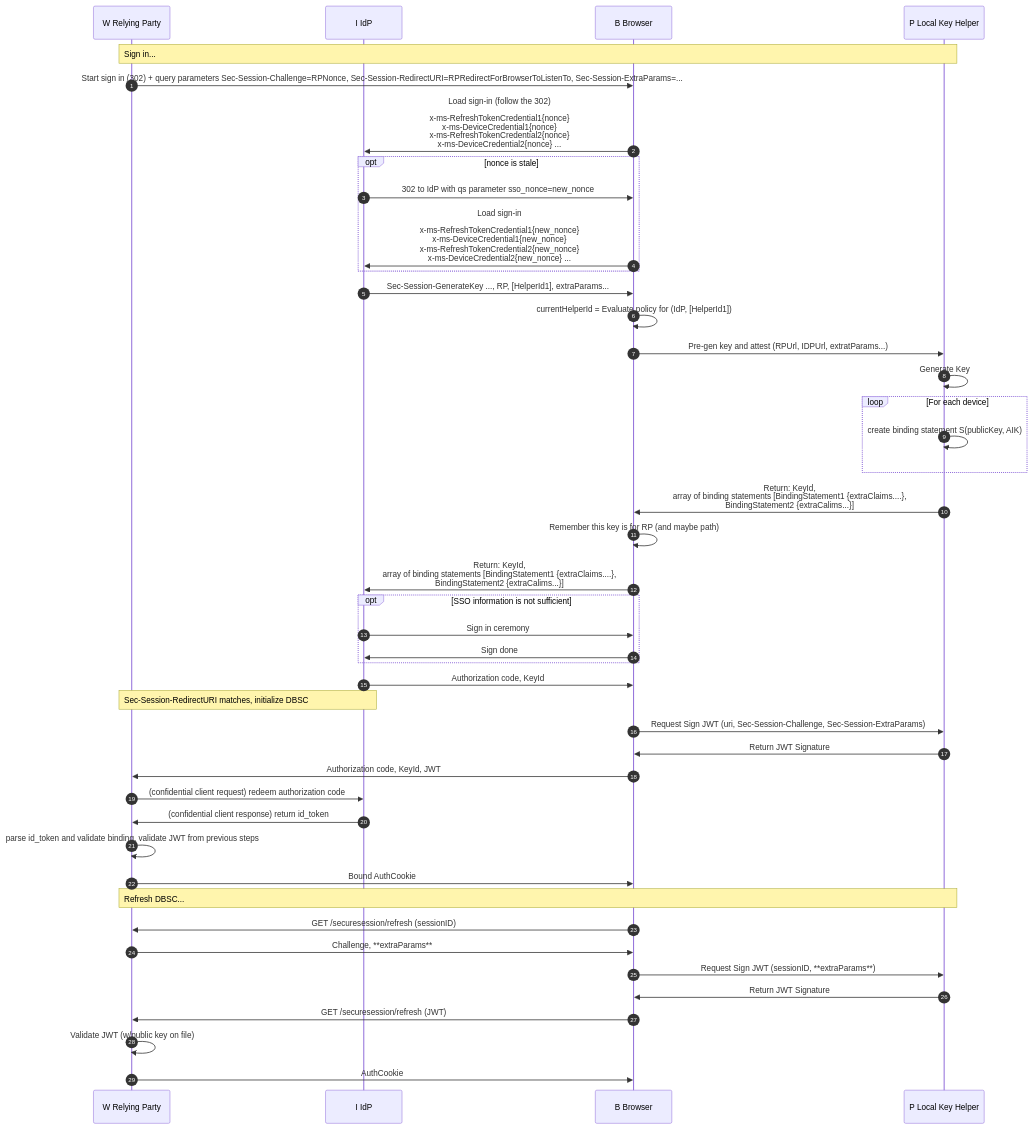
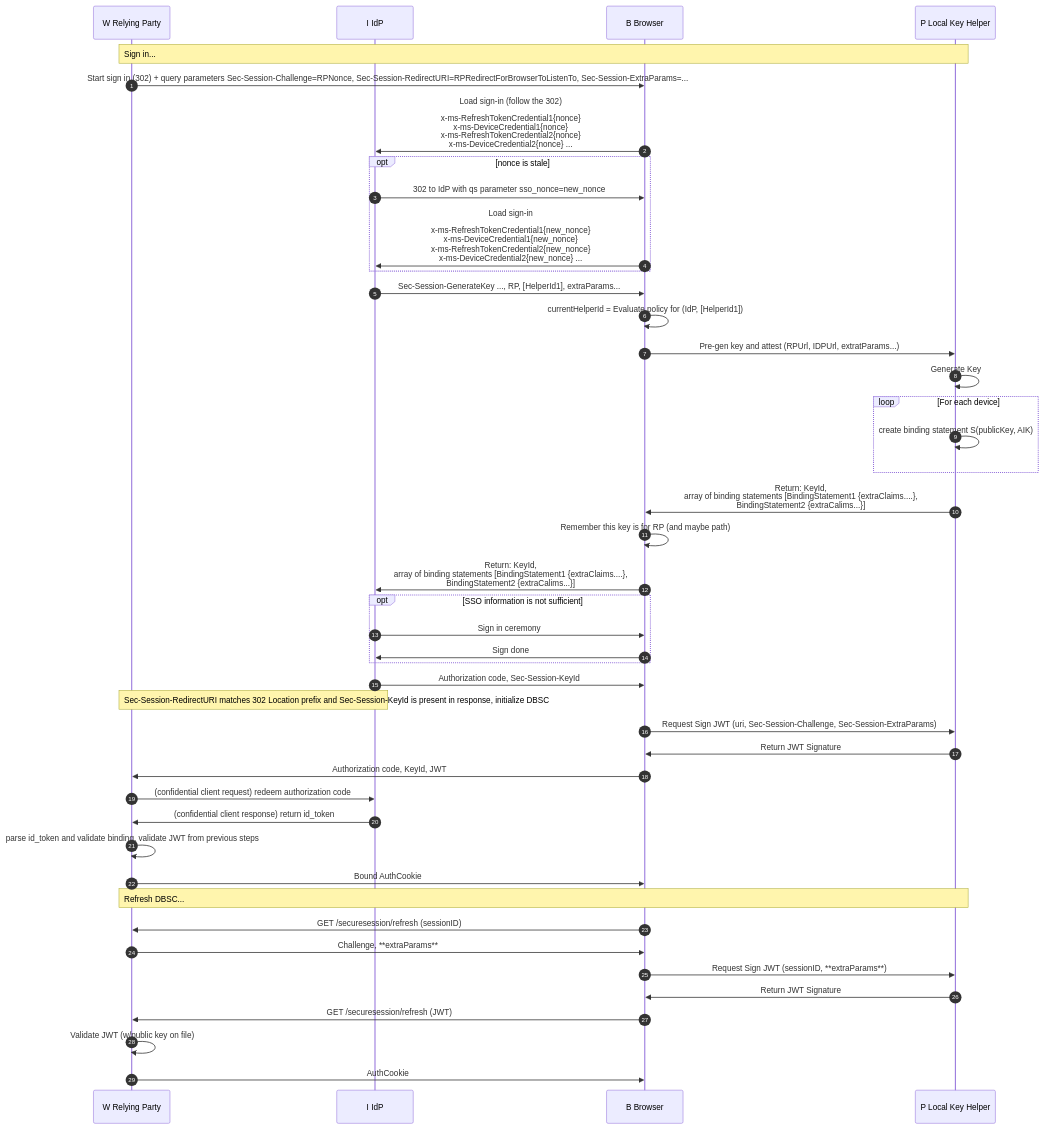
One commit to alextok/dbsc-discussions changed the fourth of 9 diagrams in README.md. Above: the diagram before and after it, drawn with Mermaid.

Commit message:
Updated a note

````diff
--- a/README.md
+++ b/README.md
@@ -136,57 +136,57 @@
 ```mermaid
 sequenceDiagram
 %%{ init: { 'sequence': { 'noteAlign': 'left'} } }%%
 autonumber 1
 participant W as W Relying Party
 participant I as I IdP
 participant B as B Browser
 participant P as P Local Key Helper
 
 Note over W, P: Sign in...
 W->>B: Start sign in (302) + query parameters Sec-Session-Challenge=RPNonce, Sec-Session-RedirectURI=RPRedirectForBrowserToListenTo, Sec-Session-ExtraParams=...
 
 B->>I: Load sign-in (follow the 302)<br/><br/>x-ms-RefreshTokenCredential1{nonce}<br/>x-ms-DeviceCredential1{nonce}<br/> x-ms-RefreshTokenCredential2{nonce}<br/> x-ms-DeviceCredential2{nonce} ...
 
 opt nonce is stale
 I->>B: 302 to IdP with qs parameter sso_nonce=new_nonce
 B->>I: Load sign-in<br/><br/>x-ms-RefreshTokenCredential1{new_nonce}<br/>x-ms-DeviceCredential1{new_nonce}<br/> x-ms-RefreshTokenCredential2{new_nonce}<br/> x-ms-DeviceCredential2{new_nonce} ...
 end
 
 I->>B: Sec-Session-GenerateKey ..., RP, [HelperId1], extraParams...
 B->>B: currentHelperId = Evaluate policy for (IdP, [HelperId1])
 B->>P: Pre-gen key and attest (RPUrl, IDPUrl, extratParams...)
  
 P->>P: Generate Key
 
 loop For each device
 P->>P: create binding statement S(publicKey, AIK)
 end
 
 P->>B: Return: KeyId, <br/>array of binding statements [BindingStatement1 {extraClaims....}, <br/>BindingStatement2 {extraCalims...}]
 B->>B: Remember this key is for RP (and maybe path)
 B->>I: Return: KeyId, <br/>array of binding statements [BindingStatement1 {extraClaims....}, <br/>BindingStatement2 {extraCalims...}]
 
 opt SSO information is not sufficient
 I->>B: Sign in ceremony
 B->>I: Sign done
 end
 
-I->>B: Authorization code, KeyId
-Note over W, I: Sec-Session-RedirectURI matches, initialize DBSC
+I->>B: Authorization code, Sec-Session-KeyId
+Note over W, I: Sec-Session-RedirectURI matches 302 Location prefix and Sec-Session-KeyId is present in response, initialize DBSC
 B->>P: Request Sign JWT (uri, Sec-Session-Challenge, Sec-Session-ExtraParams)
 P->>B: Return JWT Signature
 B->>W: Authorization code, KeyId, JWT
 W->>I: (confidential client request) redeem authorization code
 I->>W: (confidential client response) return id_token
 W->>W: parse id_token and validate binding, validate JWT from previous steps
 W->>B: Bound AuthCookie
 
 Note over W, P: Refresh DBSC...
 B->>W: GET /securesession/refresh (sessionID)
 W->>B: Challenge, **extraParams**
 B->>P: Request Sign JWT (sessionID, **extraParams**)
 P->>B: Return JWT Signature
 B->>W: GET /securesession/refresh (JWT)
 W->>W: Validate JWT (w/public key on file)
 W->>B: AuthCookie
 ```
````
